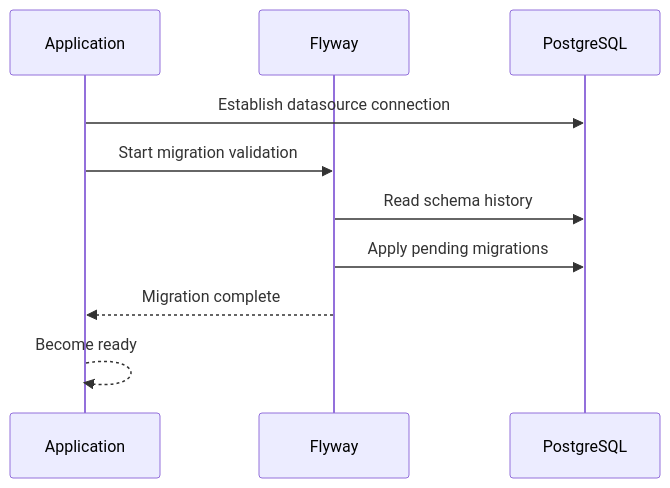
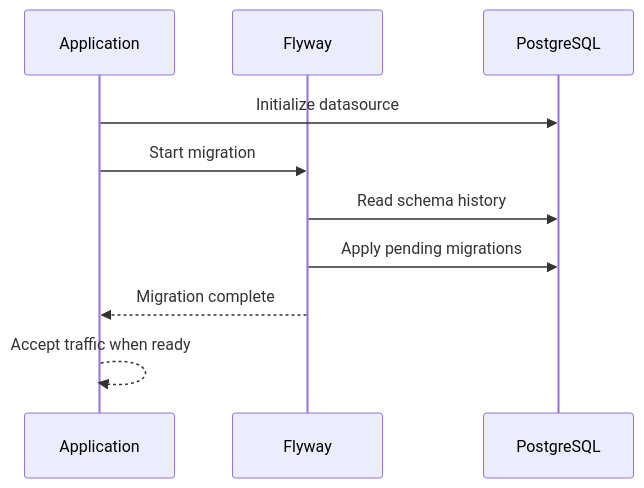
One commit to istvandezsi/java-cloud-platform-lab changed the third of 9 diagrams in docs/architecture.md. Above: the diagram before and after it, drawn with Mermaid. The commit also changed other lines of this file and 4 other files, not shown here.

````diff
--- a/docs/architecture.md
+++ b/docs/architecture.md
@@ -100,13 +102,13 @@
 ```mermaid
 sequenceDiagram
     participant Application
     participant Flyway
     participant PostgreSQL
 
-    Application->>PostgreSQL: Establish datasource connection
-    Application->>Flyway: Start migration validation
+    Application->>PostgreSQL: Initialize datasource
+    Application->>Flyway: Start migration
     Flyway->>PostgreSQL: Read schema history
     Flyway->>PostgreSQL: Apply pending migrations
     Flyway-->>Application: Migration complete
-    Application-->>Application: Become ready
+    Application-->>Application: Accept traffic when ready
 ```
````
